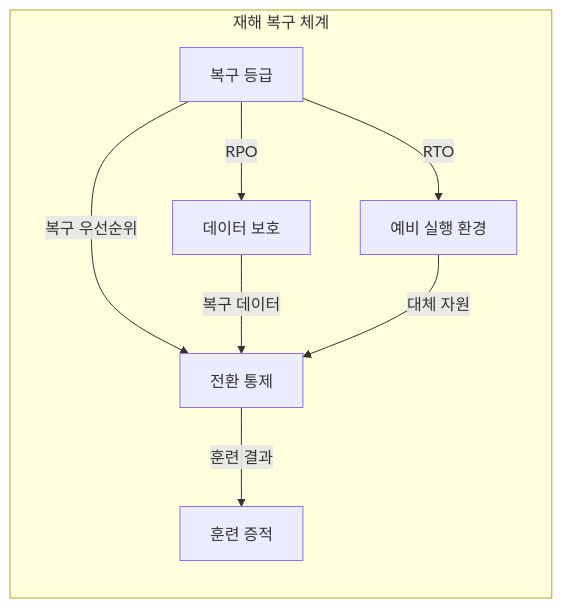
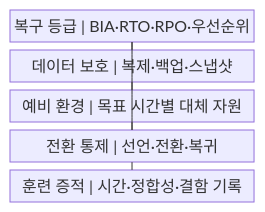
Before and after one commit to agnusdei1207/knowledge-base: the first of 2 diagrams in src/content/docs/notes/03-software/197_disaster_recovery_rto_rpo.md, drawn with Mermaid. The commit also changed other lines of this file and 20 other files, not shown here.

````diff
--- a/src/content/docs/notes/03-software/197_disaster_recovery_rto_rpo.md
+++ b/src/content/docs/notes/03-software/197_disaster_recovery_rto_rpo.md
@@ -56,16 +55,14 @@
 ```mermaid
-flowchart LR
-    subgraph D[재해 복구 체계]
-        G[복구 등급]
-        P[데이터 보호]
-        E[예비 실행 환경]
-        C[전환 통제]
-        T[훈련 증적]
-        G -->|RPO| P
-        G -->|RTO| E
-        G -->|복구 우선순위| C
-        P -->|복구 데이터| C
-        E -->|대체 자원| C
-        C -->|훈련 결과| T
-    end
+block
+    columns 1
+    A["복구 등급 | BIA·RTO·RPO·우선순위"]
+    B["데이터 보호 | 복제·백업·스냅샷"]
+    C["예비 환경 | 목표 시간별 대체 자원"]
+    D["전환 통제 | 선언·전환·복귀"]
+    E["훈련 증적 | 시간·정합성·결함 기록"]
+    A --- B
+    A --- C
+    B --- D
+    C --- D
+    D --- E
 ```
````
